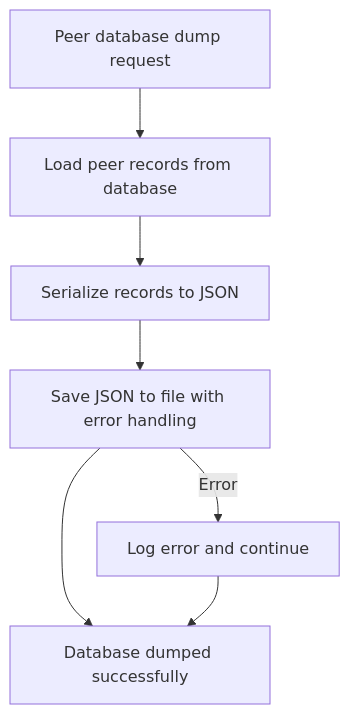
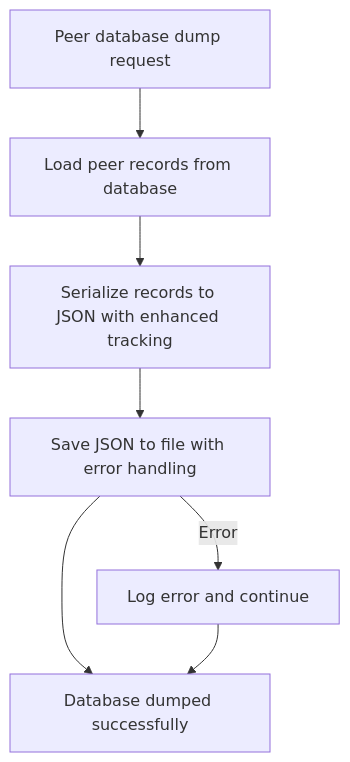
Before and after one commit to VIZ-Blockchain/viz-cpp-node: the tenth of 13 diagrams in .qoder/repowiki/en/content/Architecture Overview/Core Libraries/Network Library/Peer Connection Management.md, drawn with Mermaid. The commit also changed other lines of this file and 4 other files, not shown here.

````diff
--- a/.qoder/repowiki/en/content/Architecture Overview/Core Libraries/Network Library/Peer Connection Management.md
+++ b/.qoder/repowiki/en/content/Architecture Overview/Core Libraries/Network Library/Peer Connection Management.md
@@ -612,9 +578,9 @@
 ```mermaid
 flowchart TD
 DumpRequest["Peer database dump request"] --> LoadRecords["Load peer records from database"]
-LoadRecords --> SerializeJSON["Serialize records to JSON"]
+LoadRecords --> SerializeJSON["Serialize records to JSON with enhanced tracking"]
 SerializeJSON --> SaveFile["Save JSON to file with error handling"]
 SaveFile --> Success["Database dumped successfully"]
 SaveFile --> |Error| LogError["Log error and continue"]
 LogError --> Success
 ```
````
